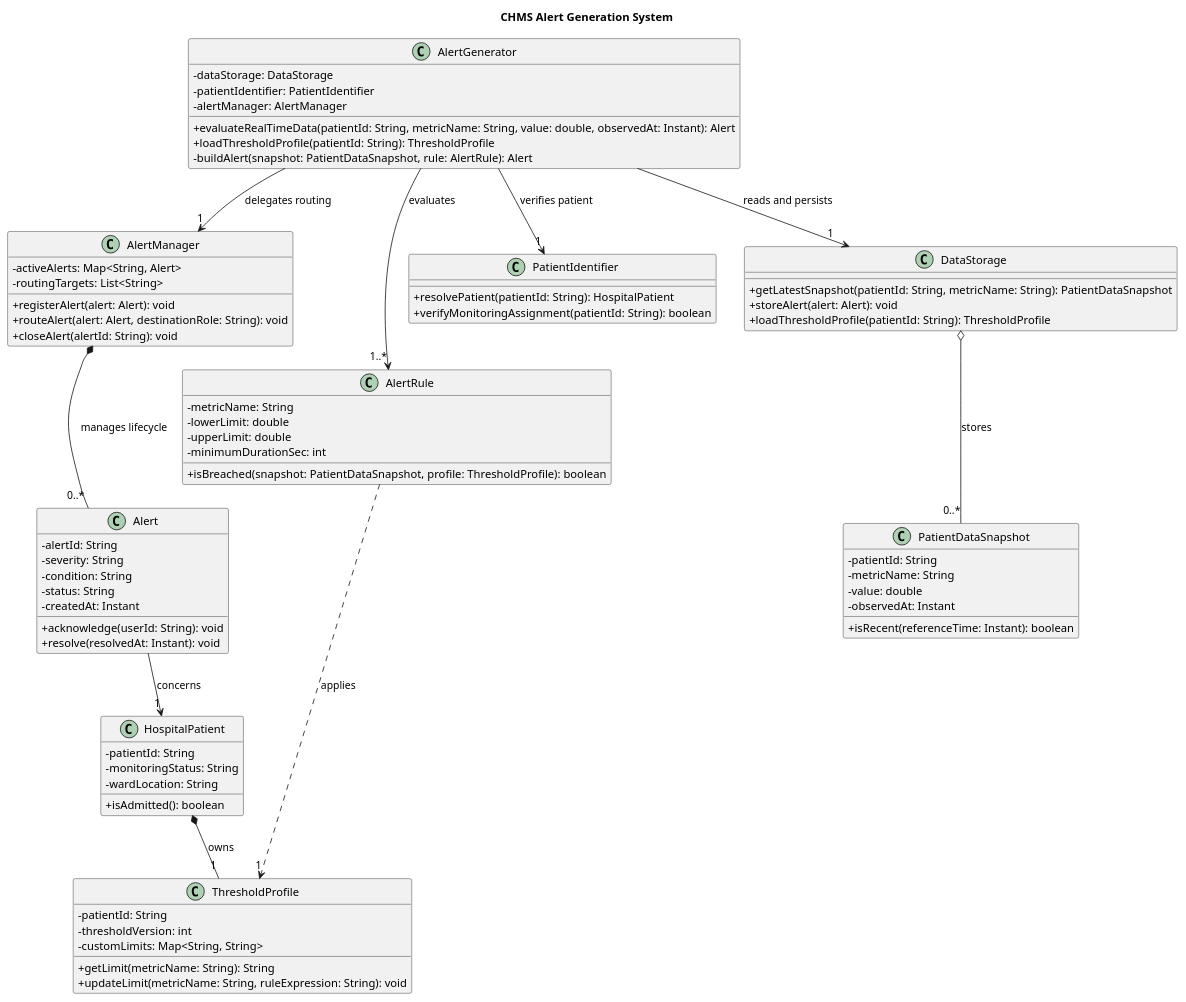
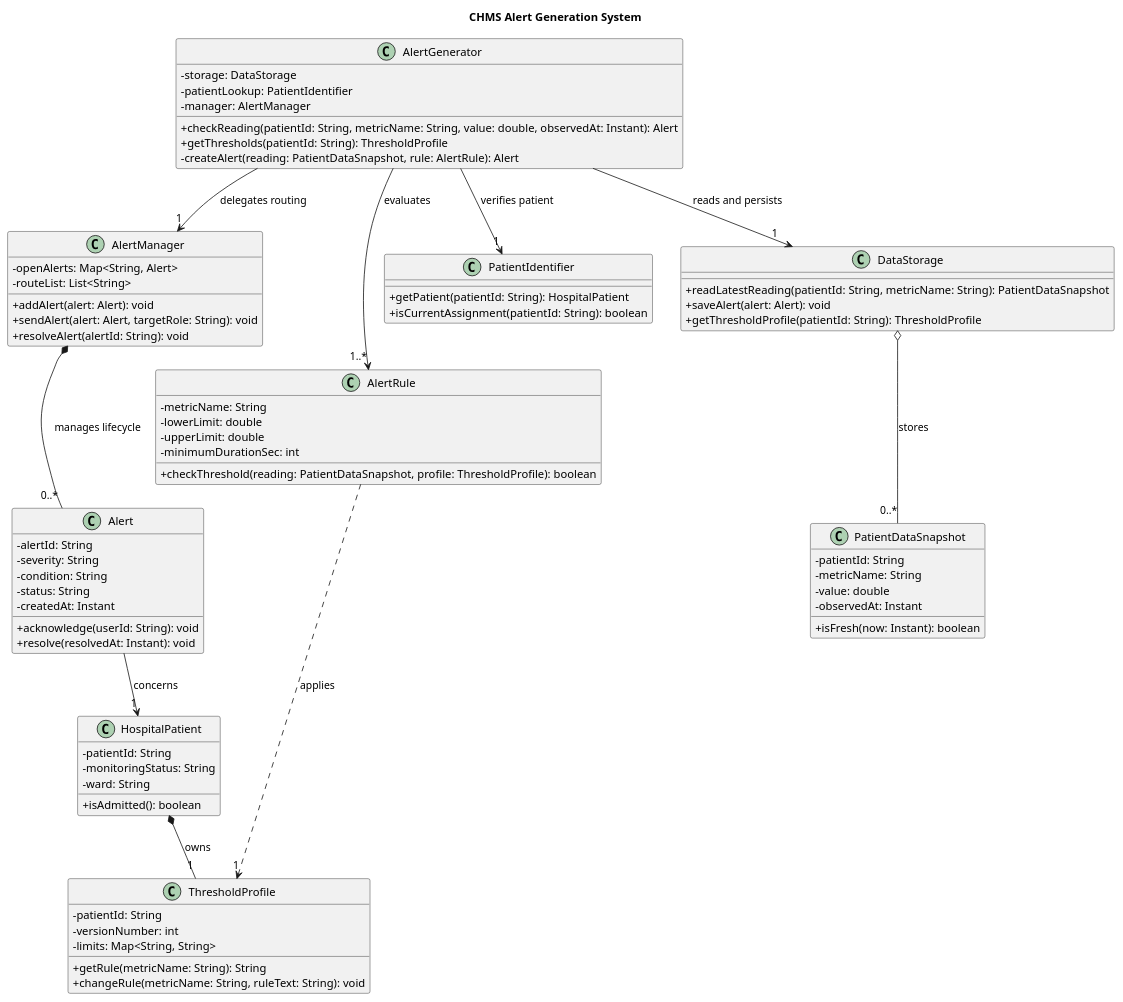
One commit to Matteo-RSV/Signal-Project-SE changed the diagram in uml_models/alert_generation_system.puml. Above: the diagram before and after it, drawn with PlantUML. The commit also changed 8 other files, not shown here.

Commit message:
Finalize UML models and documentation

```diff
--- a/uml_models/alert_generation_system.puml
+++ b/uml_models/alert_generation_system.puml
@@ -1,84 +1,84 @@
 @startuml
 skinparam classAttributeIconSize 0
 title CHMS Alert Generation System
 
 class AlertGenerator {
-  - dataStorage: DataStorage
-  - patientIdentifier: PatientIdentifier
-  - alertManager: AlertManager
-  + evaluateRealTimeData(patientId: String, metricName: String, value: double, observedAt: Instant): Alert
-  + loadThresholdProfile(patientId: String): ThresholdProfile
-  - buildAlert(snapshot: PatientDataSnapshot, rule: AlertRule): Alert
+  - storage: DataStorage
+  - patientLookup: PatientIdentifier
+  - manager: AlertManager
+  + checkReading(patientId: String, metricName: String, value: double, observedAt: Instant): Alert
+  + getThresholds(patientId: String): ThresholdProfile
+  - createAlert(reading: PatientDataSnapshot, rule: AlertRule): Alert
 }
 
 class Alert {
   - alertId: String
   - severity: String
   - condition: String
   - status: String
   - createdAt: Instant
   + acknowledge(userId: String): void
   + resolve(resolvedAt: Instant): void
 }
 
 class AlertManager {
-  - activeAlerts: Map<String, Alert>
-  - routingTargets: List<String>
-  + registerAlert(alert: Alert): void
-  + routeAlert(alert: Alert, destinationRole: String): void
-  + closeAlert(alertId: String): void
+  - openAlerts: Map<String, Alert>
+  - routeList: List<String>
+  + addAlert(alert: Alert): void
+  + sendAlert(alert: Alert, targetRole: String): void
+  + resolveAlert(alertId: String): void
 }
 
 class AlertRule {
   - metricName: String
   - lowerLimit: double
   - upperLimit: double
   - minimumDurationSec: int
-  + isBreached(snapshot: PatientDataSnapshot, profile: ThresholdProfile): boolean
+  + checkThreshold(reading: PatientDataSnapshot, profile: ThresholdProfile): boolean
 }
 
 class ThresholdProfile {
   - patientId: String
-  - thresholdVersion: int
-  - customLimits: Map<String, String>
-  + getLimit(metricName: String): String
-  + updateLimit(metricName: String, ruleExpression: String): void
+  - versionNumber: int
+  - limits: Map<String, String>
+  + getRule(metricName: String): String
+  + changeRule(metricName: String, ruleText: String): void
 }
 
 class PatientDataSnapshot {
   - patientId: String
   - metricName: String
   - value: double
   - observedAt: Instant
-  + isRecent(referenceTime: Instant): boolean
+  + isFresh(now: Instant): boolean
 }
 
 class PatientIdentifier {
-  + resolvePatient(patientId: String): HospitalPatient
-  + verifyMonitoringAssignment(patientId: String): boolean
+  + getPatient(patientId: String): HospitalPatient
+  + isCurrentAssignment(patientId: String): boolean
 }
 
 class HospitalPatient {
   - patientId: String
   - monitoringStatus: String
-  - wardLocation: String
+  - ward: String
   + isAdmitted(): boolean
 }
 
 class DataStorage {
-  + getLatestSnapshot(patientId: String, metricName: String): PatientDataSnapshot
-  + storeAlert(alert: Alert): void
-  + loadThresholdProfile(patientId: String): ThresholdProfile
+  + readLatestReading(patientId: String, metricName: String): PatientDataSnapshot
+  + saveAlert(alert: Alert): void
+  + getThresholdProfile(patientId: String): ThresholdProfile
 }
 
 AlertGenerator --> "1" DataStorage : reads and persists
 AlertGenerator --> "1" PatientIdentifier : verifies patient
 AlertGenerator --> "1" AlertManager : delegates routing
 AlertGenerator --> "1..*" AlertRule : evaluates
 AlertRule ..> "1" ThresholdProfile : applies
 AlertManager *-- "0..*" Alert : manages lifecycle
 DataStorage o-- "0..*" PatientDataSnapshot : stores
 HospitalPatient *-- "1" ThresholdProfile : owns
 Alert --> "1" HospitalPatient : concerns
 
 @enduml
```
